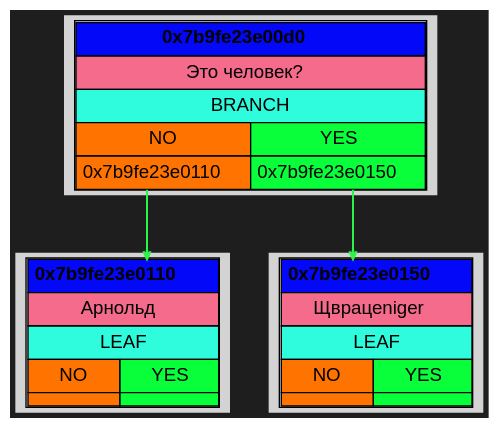
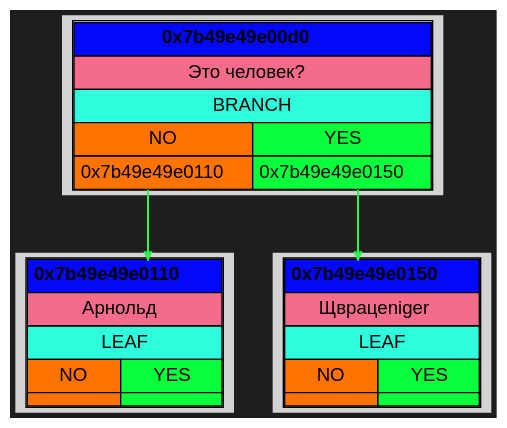
One commit to Kabuto-Mainer/New-Akinator changed the diagram in Dump/Graph/1.dot. Above: the diagram before and after it, drawn with Graphviz. The commit also changed 5 other files, not shown here.

```diff
--- a/Dump/Graph/1.dot
+++ b/Dump/Graph/1.dot
@@ -1,49 +1,49 @@
 digraph {
   rankdir=UD;
   bgcolor="#1e1e1e"
   splines=ortho;
   nodesep=0.4;
   ranksep=0.6;
   node [shape=plaintext, style=filled, fontname="Helvetica"];
   edge [arrowhead=vee, arrowsize=0.6, penwidth=1.2];
 
-block_0x7b9fe23e0110 [label=<
+block_0x7b49e49e0110 [label=<
 <TABLE CELLSPACING="0" CELLPADDING="4">
-<TR><TD PORT="root" BGCOLOR="#0308f9ff" COLSPAN="2"><B>0x7b9fe23e0110</B></TD></TR>
+<TR><TD PORT="root" BGCOLOR="#0308f9ff" COLSPAN="2"><B>0x7b49e49e0110</B></TD></TR>
 <TR><TD BGCOLOR="#f46b8bff" COLSPAN="2">Арнольд</TD></TR>
 <TR><TD BGCOLOR="#2ffcdd" COLSPAN="2">LEAF</TD></TR>
 <TR><TD BGCOLOR="#ff7301ff">NO</TD><TD BGCOLOR="#08ff3aff">YES</TD></TR>
 <TR>
 <TD PORT="no" BGCOLOR="#ff7301ff"></TD>
 <TD PORT="yes" BGCOLOR="#08ff3aff"></TD>
 </TR>
 </TABLE> >];
 
-block_0x7b9fe23e0150 [label=<
+block_0x7b49e49e0150 [label=<
 <TABLE CELLSPACING="0" CELLPADDING="4">
-<TR><TD PORT="root" BGCOLOR="#0308f9ff" COLSPAN="2"><B>0x7b9fe23e0150</B></TD></TR>
+<TR><TD PORT="root" BGCOLOR="#0308f9ff" COLSPAN="2"><B>0x7b49e49e0150</B></TD></TR>
 <TR><TD BGCOLOR="#f46b8bff" COLSPAN="2">Щврацеniger</TD></TR>
 <TR><TD BGCOLOR="#2ffcdd" COLSPAN="2">LEAF</TD></TR>
 <TR><TD BGCOLOR="#ff7301ff">NO</TD><TD BGCOLOR="#08ff3aff">YES</TD></TR>
 <TR>
 <TD PORT="no" BGCOLOR="#ff7301ff"></TD>
 <TD PORT="yes" BGCOLOR="#08ff3aff"></TD>
 </TR>
 </TABLE> >];
 
-block_0x7b9fe23e00d0 [label=<
+block_0x7b49e49e00d0 [label=<
 <TABLE CELLSPACING="0" CELLPADDING="4">
-<TR><TD PORT="root" BGCOLOR="#0308f9ff" COLSPAN="2"><B>0x7b9fe23e00d0</B></TD></TR>
+<TR><TD PORT="root" BGCOLOR="#0308f9ff" COLSPAN="2"><B>0x7b49e49e00d0</B></TD></TR>
 <TR><TD BGCOLOR="#f46b8bff" COLSPAN="2">Это человек?</TD></TR>
 <TR><TD BGCOLOR="#2ffcdd" COLSPAN="2">BRANCH</TD></TR>
 <TR><TD BGCOLOR="#ff7301ff">NO</TD><TD BGCOLOR="#08ff3aff">YES</TD></TR>
 <TR>
-<TD PORT="no" BGCOLOR="#ff7301ff">0x7b9fe23e0110</TD>
-<TD PORT="yes" BGCOLOR="#08ff3aff">0x7b9fe23e0150</TD>
+<TD PORT="no" BGCOLOR="#ff7301ff">0x7b49e49e0110</TD>
+<TD PORT="yes" BGCOLOR="#08ff3aff">0x7b49e49e0150</TD>
 </TR>
 </TABLE> >];
 
-block_0x7b9fe23e00d0:no -> block_0x7b9fe23e0110:root [color="#2bf349", penwidth = 1.5, arrowsize = 0.6, constraint = true];
-block_0x7b9fe23e00d0:yes -> block_0x7b9fe23e0150:root [color="#2bf349", penwidth = 1.5, arrowsize = 0.6, constraint = true];
+block_0x7b49e49e00d0:no -> block_0x7b49e49e0110:root [color="#2bf349", penwidth = 1.5, arrowsize = 0.6, constraint = true];
+block_0x7b49e49e00d0:yes -> block_0x7b49e49e0150:root [color="#2bf349", penwidth = 1.5, arrowsize = 0.6, constraint = true];
 
 }
```
